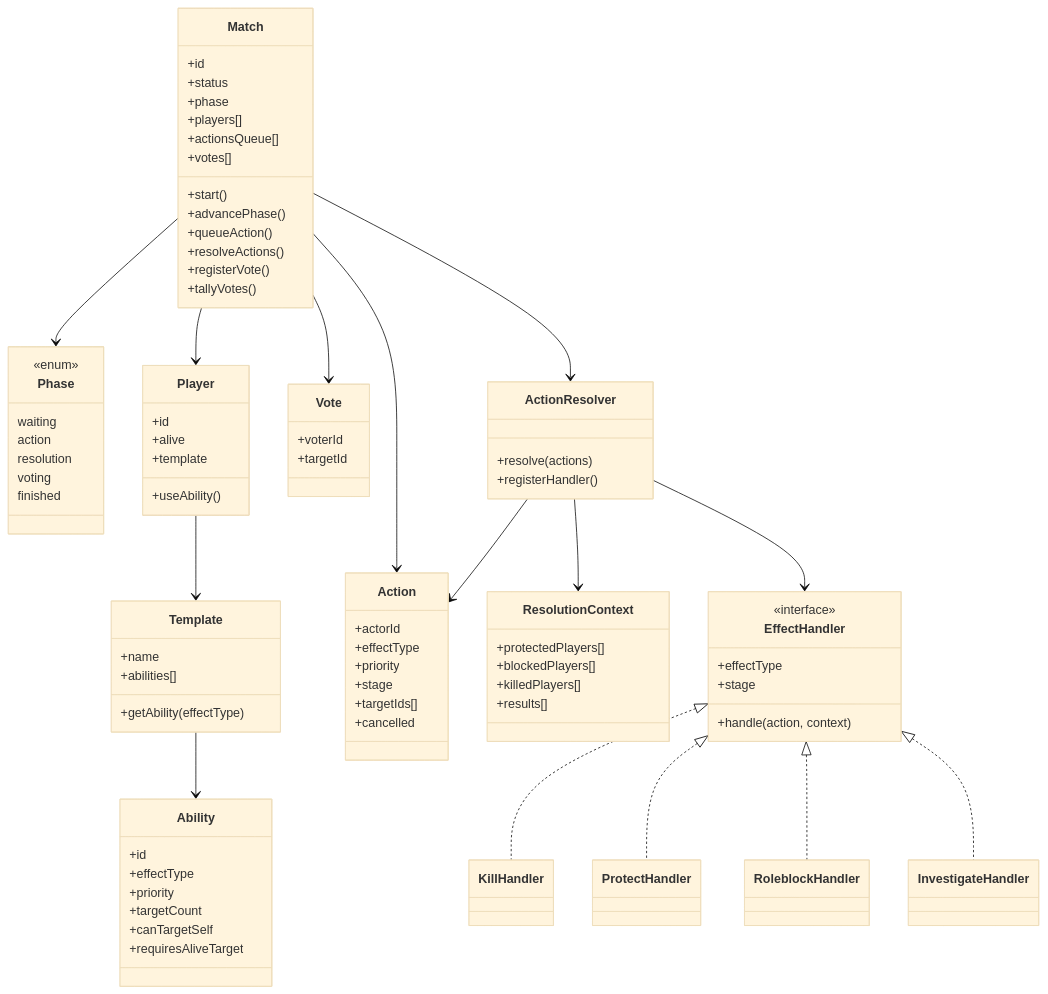
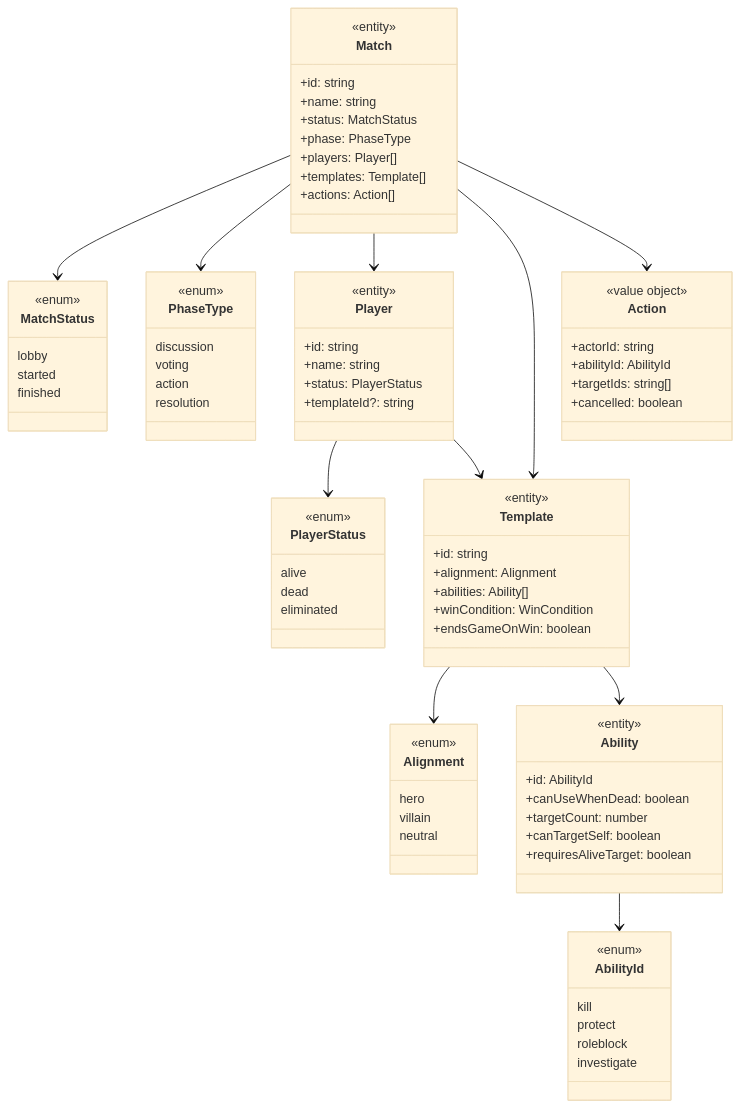
The first of 2 diagrams in docs/architecture.md (MohamedAljoke/social-deduction-game), drawn with Mermaid (base theme) before and after one commit. The commit also changed other lines of this file and 2 other files, not shown here.

````diff
--- a/docs/architecture.md
+++ b/docs/architecture.md
@@ -5,112 +5,95 @@
 ```mermaid
 classDiagram
+    class Match {
+        <<entity>>
+        +id: string
+        +name: string
+        +status: MatchStatus
+        +phase: PhaseType
+        +players: Player[]
+        +templates: Template[]
+        +actions: Action[]
+    }
 
-%% =========================
-%% Core Domain
-%% =========================
+    class MatchStatus {
+        <<enum>>
+        lobby
+        started
+        finished
+    }
 
-class Match {
-  +id
-  +status
-  +phase
-  +players[]
-  +actionsQueue[]
-  +votes[]
-  +start()
-  +advancePhase()
-  +queueAction()
-  +resolveActions()
-  +registerVote()
-  +tallyVotes()
-}
+    class PhaseType {
+        <<enum>>
+        discussion
+        voting
+        action
+        resolution
+    }
 
-class Phase {
-  <<enum>>
-  waiting
-  action
-  resolution
-  voting
-  finished
-}
+    class Player {
+        <<entity>>
+        +id: string
+        +name: string
+        +status: PlayerStatus
+        +templateId?: string
+    }
 
-class Player {
-  +id
-  +alive
-  +template
-  +useAbility()
-}
+    class PlayerStatus {
+        <<enum>>
+        alive
+        dead
+        eliminated
+    }
 
-class Template {
-  +name
-  +abilities[]
-  +getAbility(effectType)
-}
+    class Template {
+        <<entity>>
+        +id: string
+        +alignment: Alignment
+        +abilities: Ability[]
+        +winCondition: WinCondition
+        +endsGameOnWin: boolean
+    }
 
-class Ability {
-  +id
-  +effectType
-  +priority
-  +targetCount
-  +canTargetSelf
-  +requiresAliveTarget
-}
+    class Alignment {
+        <<enum>>
+        hero
+        villain
+        neutral
+    }
 
-class Action {
-  +actorId
-  +effectType
-  +priority
-  +stage
-  +targetIds[]
-  +cancelled
-}
+    class Ability {
+        <<entity>>
+        +id: AbilityId
+        +canUseWhenDead: boolean
+        +targetCount: number
+        +canTargetSelf: boolean
+        +requiresAliveTarget: boolean
+    }
 
-class Vote {
-  +voterId
-  +targetId
-}
+    class AbilityId {
+        <<enum>>
+        kill
+        protect
+        roleblock
+        investigate
+    }
 
-%% =========================
-%% Resolution Subsystem
-%% =========================
+    class Action {
+        <<value object>>
+        +actorId: string
+        +abilityId: AbilityId
+        +targetIds: string[]
+        +cancelled: boolean
+    }
 
-class ActionResolver {
-  +resolve(actions)
-  +registerHandler()
-}
-
-class ResolutionContext {
-  +protectedPlayers[]
-  +blockedPlayers[]
-  +killedPlayers[]
-  +results[]
-}
-
-class EffectHandler {
-  <<interface>>
-  +effectType
-  +stage
-  +handle(action, context)
-}
-
-%% =========================
-%% Relationships
-%% =========================
-
-Match --> Phase
-Match --> Player
-Match --> Action
-Match --> Vote
-
-Player --> Template
-Template --> Ability
-
-Match --> ActionResolver
-ActionResolver --> EffectHandler
-ActionResolver --> ResolutionContext
-ActionResolver --> Action
-
-EffectHandler <|.. KillHandler
-EffectHandler <|.. ProtectHandler
-EffectHandler <|.. RoleblockHandler
-EffectHandler <|.. InvestigateHandler
+    Match --> MatchStatus
+    Match --> PhaseType
+    Match --> Player
+    Match --> Template
+    Match --> Action
+    Player --> PlayerStatus
+    Player --> Template
+    Template --> Alignment
+    Template --> Ability
+    Ability --> AbilityId
 ```
````
